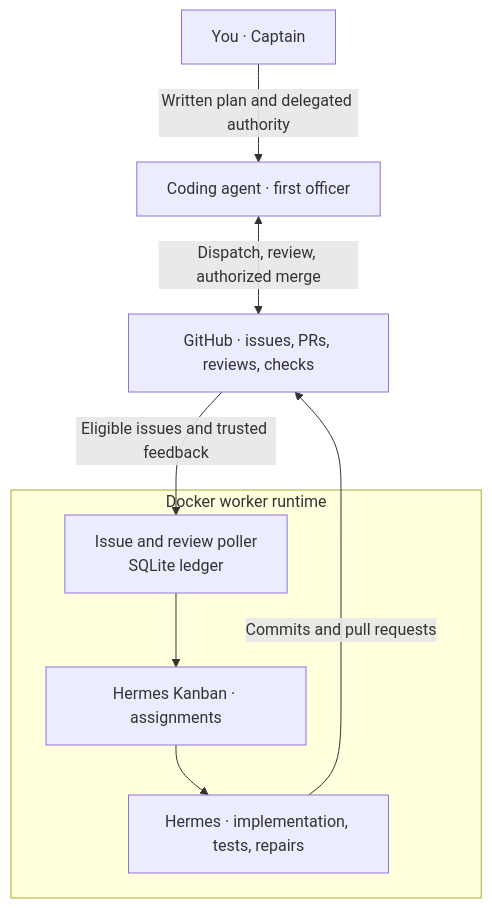
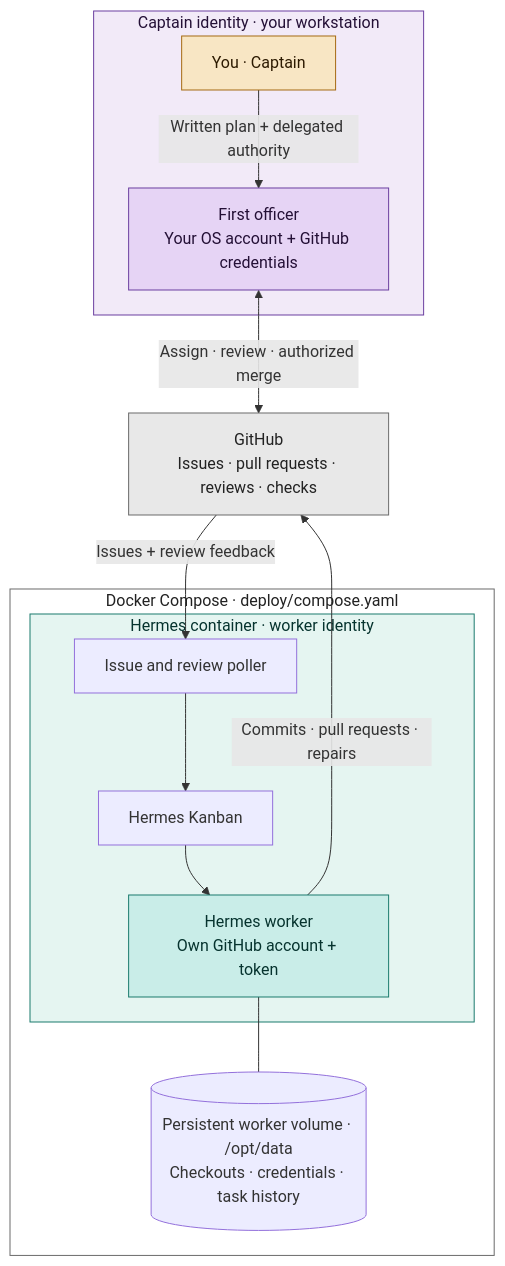
Before and after one commit to MachineWisdomAI/hermes-helmet: the diagram in README.md, drawn with Mermaid.

Commit message:
docs: show identity and Docker Compose boundaries in README

````diff
--- a/README.md
+++ b/README.md
@@ -91,11 +35,31 @@
 ```mermaid
 flowchart TB
-    captain["You · Captain"] -->|"Written plan and delegated authority"| officer["Coding agent · first officer"]
-    officer <-->|"Dispatch, review, authorized merge"| github["GitHub · issues, PRs, reviews, checks"]
-    subgraph runtime["Docker worker runtime"]
-        poller["Issue and review poller<br/>SQLite ledger"] --> kanban["Hermes Kanban · assignments"]
-        kanban --> worker["Hermes · implementation, tests, repairs"]
+    subgraph captain_side["Captain identity · your workstation"]
+        captain["You · Captain"]
+        officer["First officer<br/>Your OS account + GitHub credentials"]
+        captain -->|"Written plan + delegated authority"| officer
     end
-    github -->|"Eligible issues and trusted feedback"| poller
-    worker -->|"Commits and pull requests"| github
+
+    github["GitHub<br/>Issues · pull requests · reviews · checks"]
+
+    subgraph compose["Docker Compose · deploy/compose.yaml"]
+        subgraph container["Hermes container · worker identity"]
+            poller["Issue and review poller"] --> kanban["Hermes Kanban"]
+            kanban --> worker["Hermes worker<br/>Own GitHub account + token"]
+        end
+        state[("Persistent worker volume · /opt/data<br/>Checkouts · credentials · task history")]
+        worker --- state
+    end
+
+    officer <-->|"Assign · review · authorized merge"| github
+    github -->|"Issues + review feedback"| poller
+    worker -->|"Commits · pull requests · repairs"| github
+
+    style captain_side fill:#F2EAF8,stroke:#6B3FA0,color:#241036
+    style compose fill:none,stroke:#6A6A6A,color:#222222
+    style container fill:#E5F5F1,stroke:#1A7A6D,color:#06332E
+    style captain fill:#F8E6C4,stroke:#A56A12,color:#2C1A00
+    style officer fill:#E6D4F5,stroke:#6B3FA0,color:#241036
+    style worker fill:#C9EDE8,stroke:#1A7A6D,color:#06332E
+    style github fill:#E8E8E8,stroke:#6A6A6A,color:#222222
 ```
````
